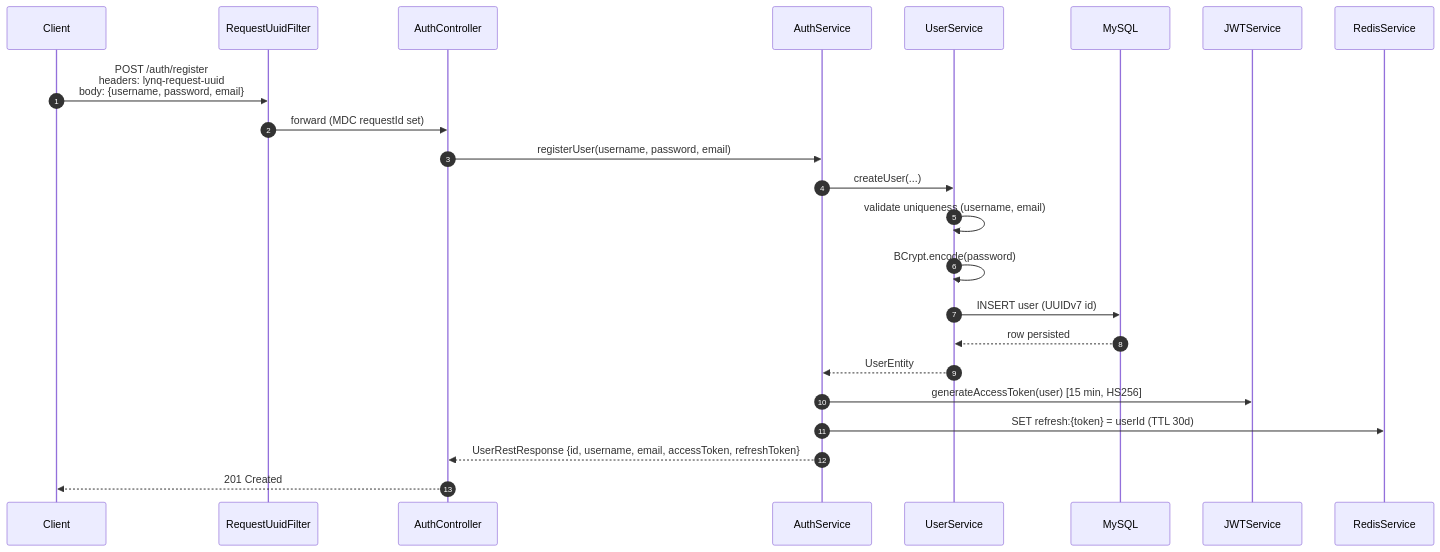
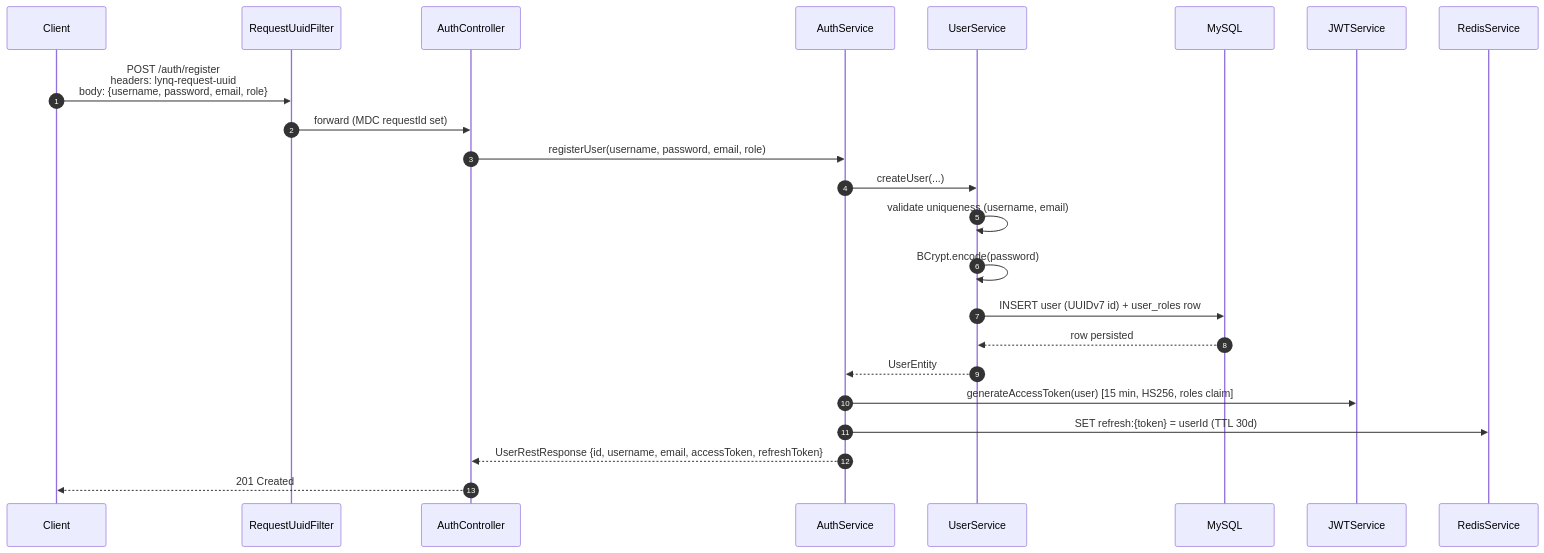
Before and after one commit to MatLock/UdeSA-lynq: the first of 3 diagrams in lynq-iam/README.md, drawn with Mermaid. The commit also changed other lines of this file and 23 other files, not shown here.

First line of the commit message:
[lynq-iam]: own the candidate/company role of every account

````diff
--- a/lynq-iam/README.md
+++ b/lynq-iam/README.md
@@ -120,26 +123,26 @@
 ```mermaid
 sequenceDiagram
     autonumber
     participant C as Client
     participant F as RequestUuidFilter
     participant Ctrl as AuthController
     participant Svc as AuthService
     participant U as UserService
     participant DB as MySQL
     participant J as JWTService
     participant R as RedisService
 
-    C->>F: POST /auth/register<br/>headers: lynq-request-uuid<br/>body: {username, password, email}
+    C->>F: POST /auth/register<br/>headers: lynq-request-uuid<br/>body: {username, password, email, role}
     F->>Ctrl: forward (MDC requestId set)
-    Ctrl->>Svc: registerUser(username, password, email)
+    Ctrl->>Svc: registerUser(username, password, email, role)
     Svc->>U: createUser(...)
     U->>U: validate uniqueness (username, email)
     U->>U: BCrypt.encode(password)
-    U->>DB: INSERT user (UUIDv7 id)
+    U->>DB: INSERT user (UUIDv7 id) + user_roles row
     DB-->>U: row persisted
     U-->>Svc: UserEntity
-    Svc->>J: generateAccessToken(user) [15 min, HS256]
+    Svc->>J: generateAccessToken(user) [15 min, HS256, roles claim]
     Svc->>R: SET refresh:{token} = userId  (TTL 30d)
     Svc-->>Ctrl: UserRestResponse {id, username, email, accessToken, refreshToken}
     Ctrl-->>C: 201 Created
 ```
````
